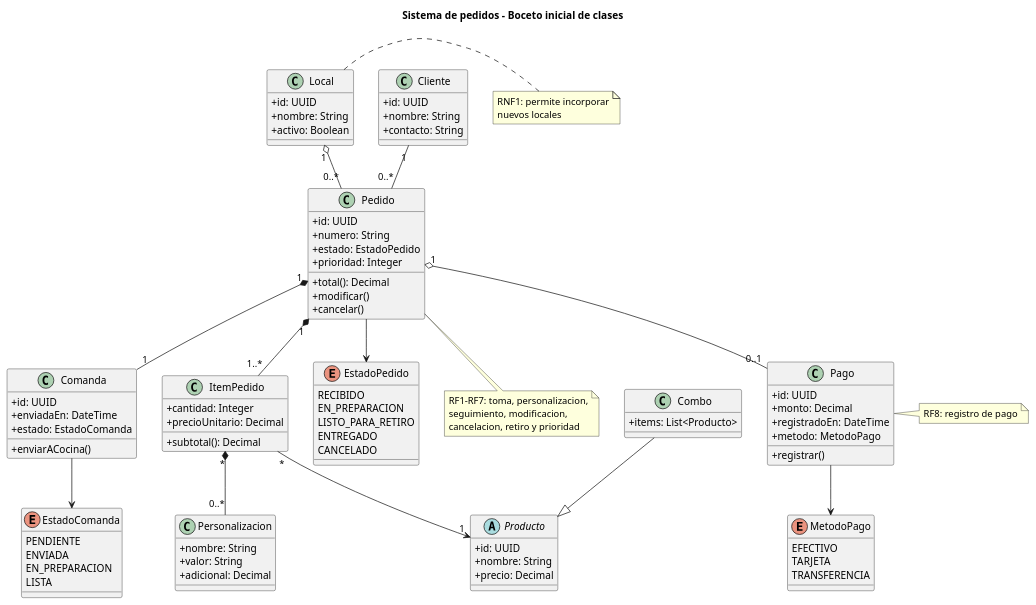
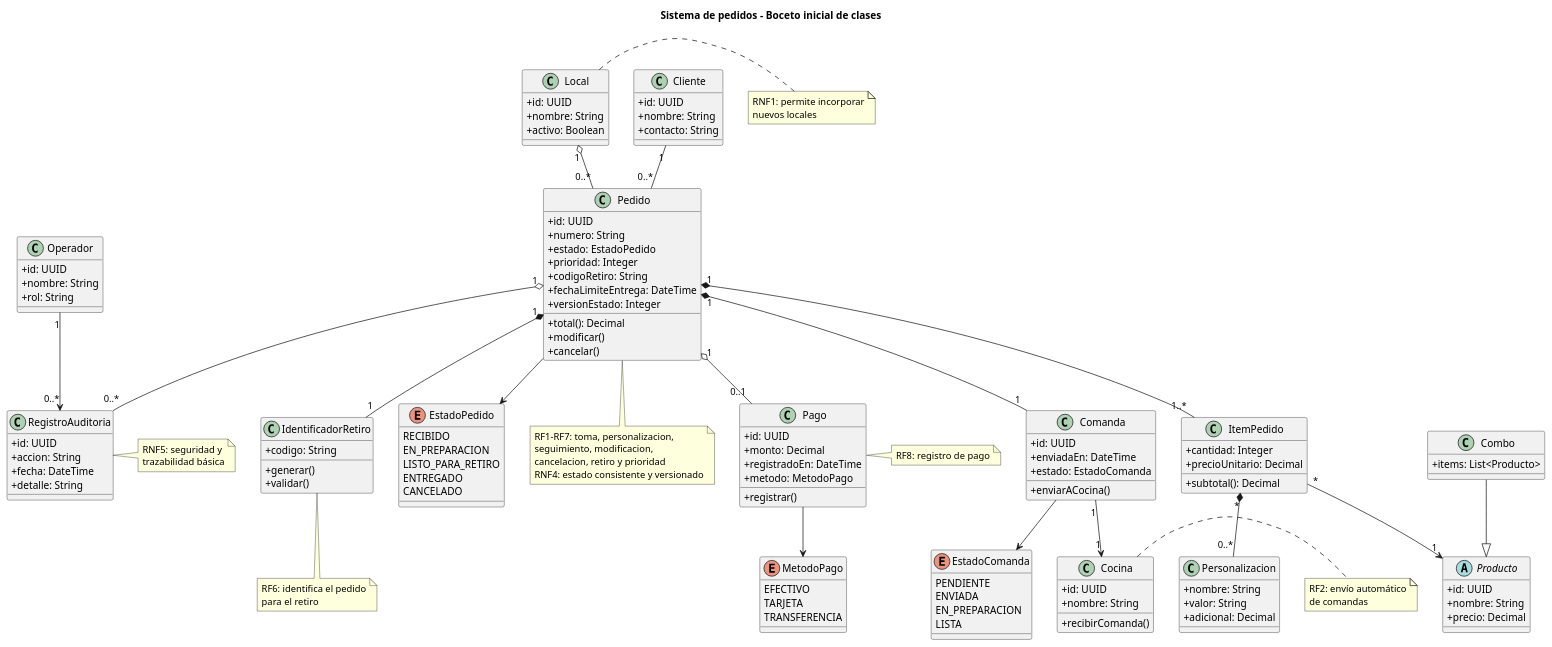
Before and after one commit to fernandodanielm/SistemaPedidos: the diagram in diagramas/boceto_inicial_clases.puml, drawn with PlantUML. The commit also changed 2 other files, not shown here.

```diff
--- a/diagramas/boceto_inicial_clases.puml
+++ b/diagramas/boceto_inicial_clases.puml
@@ -1,109 +1,154 @@
 @startuml boceto_inicial_clases
 title Sistema de pedidos - Boceto inicial de clases
 skinparam classAttributeIconSize 0
 skinparam shadowing false
 
 class Local {
   +id: UUID
   +nombre: String
   +activo: Boolean
 }
 
 class Cliente {
   +id: UUID
   +nombre: String
   +contacto: String
 }
 
 class Pedido {
   +id: UUID
   +numero: String
   +estado: EstadoPedido
   +prioridad: Integer
+  +codigoRetiro: String
+  +fechaLimiteEntrega: DateTime
+  +versionEstado: Integer
   +total(): Decimal
   +modificar()
   +cancelar()
 }
 
 class ItemPedido {
   +cantidad: Integer
   +precioUnitario: Decimal
   +subtotal(): Decimal
 }
 
 abstract class Producto {
   +id: UUID
   +nombre: String
   +precio: Decimal
 }
 
 class Combo {
   +items: List<Producto>
 }
 
 class Personalizacion {
   +nombre: String
   +valor: String
   +adicional: Decimal
 }
 
 class Comanda {
   +id: UUID
   +enviadaEn: DateTime
   +estado: EstadoComanda
   +enviarACocina()
+}
+
+class Cocina {
+  +id: UUID
+  +nombre: String
+  +recibirComanda()
+}
+
+class IdentificadorRetiro {
+  +codigo: String
+  +generar()
+  +validar()
+}
+
+class Operador {
+  +id: UUID
+  +nombre: String
+  +rol: String
+}
+
+class RegistroAuditoria {
+  +id: UUID
+  +accion: String
+  +fecha: DateTime
+  +detalle: String
 }
 
 class Pago {
   +id: UUID
   +monto: Decimal
   +registradoEn: DateTime
   +metodo: MetodoPago
   +registrar()
 }
 
 enum EstadoPedido {
   RECIBIDO
   EN_PREPARACION
   LISTO_PARA_RETIRO
   ENTREGADO
   CANCELADO
 }
 
 enum EstadoComanda {
   PENDIENTE
   ENVIADA
   EN_PREPARACION
   LISTA
 }
 
 enum MetodoPago {
   EFECTIVO
   TARJETA
   TRANSFERENCIA
 }
 
 Local "1" o-- "0..*" Pedido
 Cliente "1" -- "0..*" Pedido
 Pedido "1" *-- "1..*" ItemPedido
 ItemPedido "*" --> "1" Producto
 ItemPedido "*" *-- "0..*" Personalizacion
 Combo --|> Producto
 Pedido "1" *-- "1" Comanda
+Comanda "1" --> "1" Cocina
 Pedido "1" o-- "0..1" Pago
+Pedido "1" *-- "1" IdentificadorRetiro
+Pedido "1" o-- "0..*" RegistroAuditoria
+Operador "1" --> "0..*" RegistroAuditoria
 Pedido --> EstadoPedido
 Comanda --> EstadoComanda
 Pago --> MetodoPago
 note right of Local
   RNF1: permite incorporar
   nuevos locales
 end note
 note bottom of Pedido
   RF1-RF7: toma, personalizacion,
   seguimiento, modificacion,
   cancelacion, retiro y prioridad
+  RNF4: estado consistente y versionado
+end note
+note right of Cocina
+  RF2: envío automático
+  de comandas
+end note
+note bottom of IdentificadorRetiro
+  RF6: identifica el pedido
+  para el retiro
+end note
+note right of RegistroAuditoria
+  RNF5: seguridad y
+  trazabilidad básica
 end note
 note right of Pago
   RF8: registro de pago
 end note
 @enduml
```
